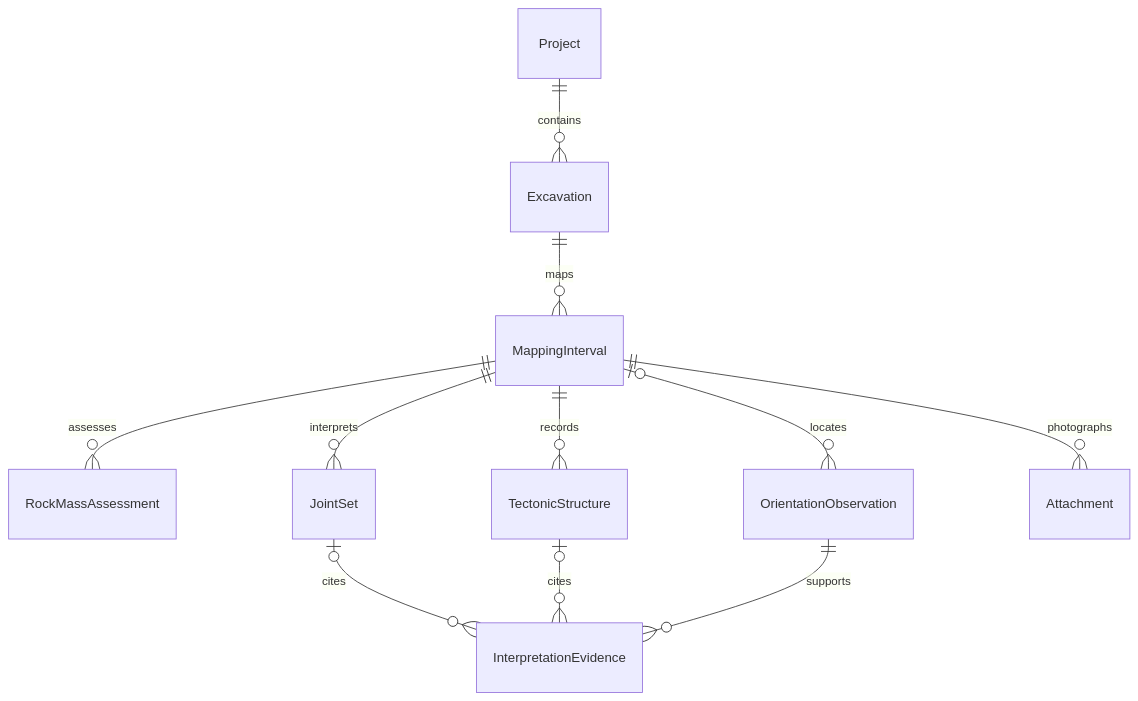
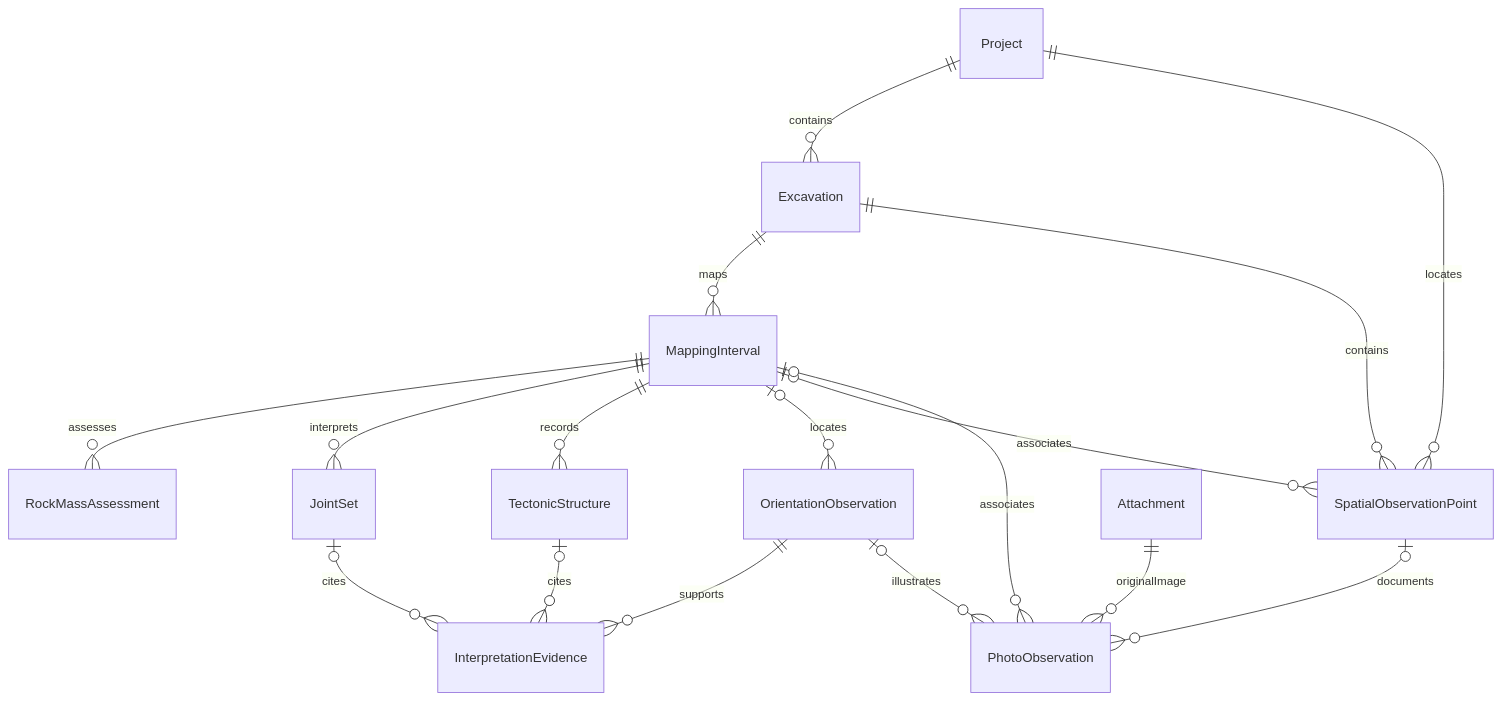
Before and after one commit to tinuvael/FieldForge: the diagram in docs/data-model.md, drawn with Mermaid. The commit also changed other lines of this file and 8 other files, not shown here.

````diff
--- a/docs/data-model.md
+++ b/docs/data-model.md
@@ -7,13 +7,19 @@
 ```mermaid
 erDiagram
     Project ||--o{ Excavation : contains
     Excavation ||--o{ MappingInterval : maps
     MappingInterval ||--o{ RockMassAssessment : assesses
     MappingInterval ||--o{ JointSet : interprets
     MappingInterval ||--o{ TectonicStructure : records
     MappingInterval o|--o{ OrientationObservation : locates
     JointSet o|--o{ InterpretationEvidence : cites
     TectonicStructure o|--o{ InterpretationEvidence : cites
     OrientationObservation ||--o{ InterpretationEvidence : supports
-    MappingInterval ||--o{ Attachment : photographs
+    Project ||--o{ SpatialObservationPoint : locates
+    Excavation ||--o{ SpatialObservationPoint : contains
+    MappingInterval o|--o{ SpatialObservationPoint : associates
+    SpatialObservationPoint o|--o{ PhotoObservation : documents
+    MappingInterval o|--o{ PhotoObservation : associates
+    OrientationObservation o|--o{ PhotoObservation : illustrates
+    Attachment ||--o{ PhotoObservation : originalImage
 ```
````
